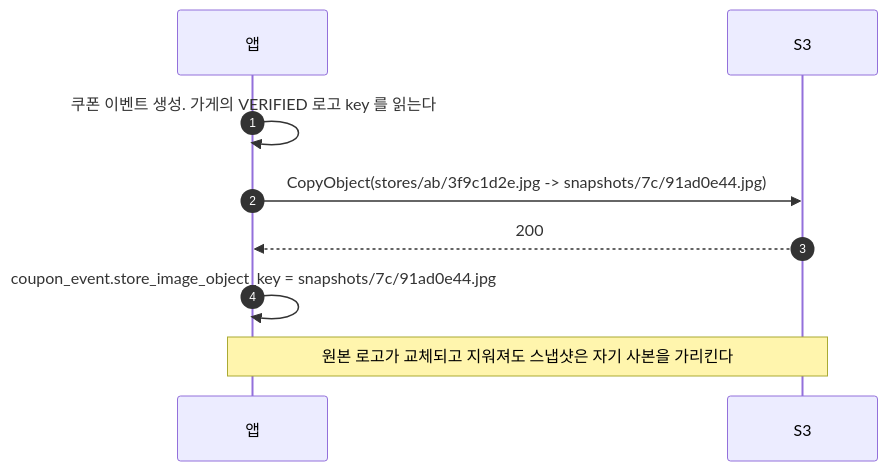
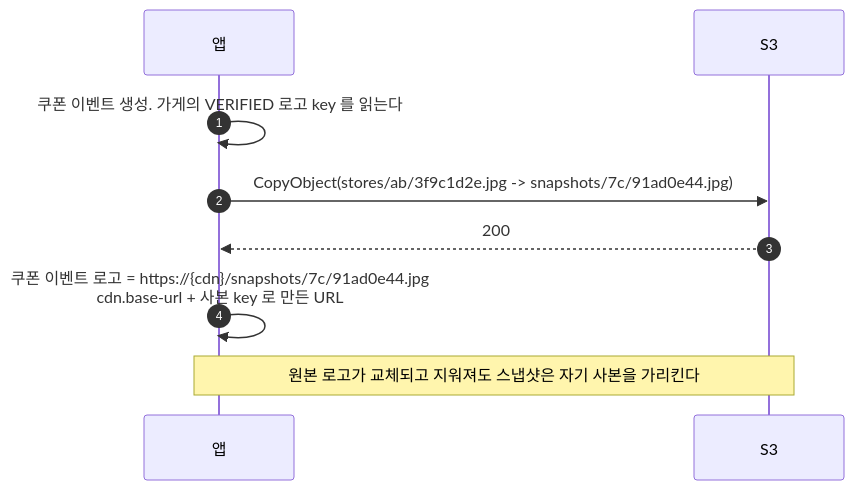
Before and after one commit to lunch-catch/lc-infra: the seventh of 8 diagrams in docs/system-design/백엔드공통_이미지저장소_설계.md, drawn with Mermaid. The commit also changed other lines of this file, not shown here.

First line of the commit message:
[Docs] 쿠폰 이벤트 로고 스냅샷을 URL 로 두되 사본을 가리키게 한다

````diff
--- a/docs/system-design/백엔드공통_이미지저장소_설계.md
+++ b/docs/system-design/백엔드공통_이미지저장소_설계.md
@@ -705,12 +707,12 @@
 ```mermaid
 sequenceDiagram
     autonumber
     participant A as 앱
     participant S as S3
 
     A->>A: 쿠폰 이벤트 생성. 가게의 VERIFIED 로고 key 를 읽는다
     A->>S: CopyObject(stores/ab/3f9c1d2e.jpg -> snapshots/7c/91ad0e44.jpg)
     S-->>A: 200
-    A->>A: coupon_event.store_image_object_key = snapshots/7c/91ad0e44.jpg
+    A->>A: 쿠폰 이벤트 로고 = https://{cdn}/snapshots/7c/91ad0e44.jpg<br/>cdn.base-url + 사본 key 로 만든 URL
     Note over A,S: 원본 로고가 교체되고 지워져도 스냅샷은 자기 사본을 가리킨다
 ```
````
